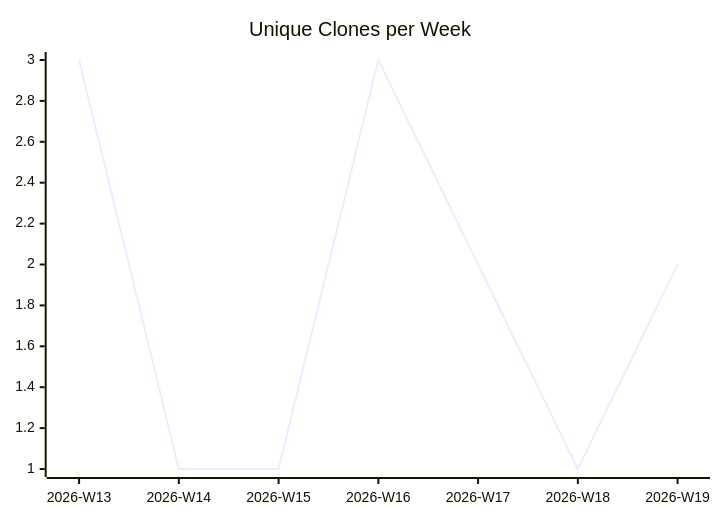
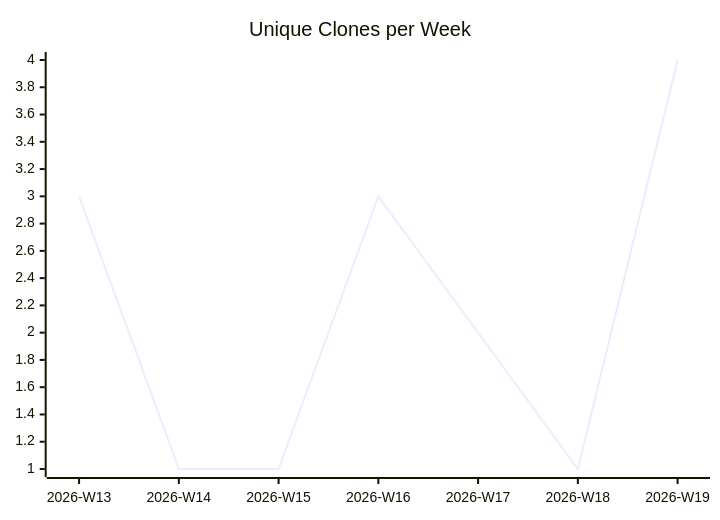
Before and after one commit to justdavis-family/github-analytics-data: the third of 3 diagrams in karlmdavis/test-repo-for-move/README.md, drawn with Mermaid. The commit also changed other lines of this file and 192 other files, not shown here.

````diff
--- a/karlmdavis/test-repo-for-move/README.md
+++ b/karlmdavis/test-repo-for-move/README.md
@@ -19,6 +19,6 @@
 ```mermaid
 xychart-beta
   title "Unique Clones per Week"
   x-axis ["2026-W13", "2026-W14", "2026-W15", "2026-W16", "2026-W17", "2026-W18", "2026-W19"]
-  line [3, 1, 1, 3, 2, 1, 2]
+  line [3, 1, 1, 3, 2, 1, 4]
 ```
````
